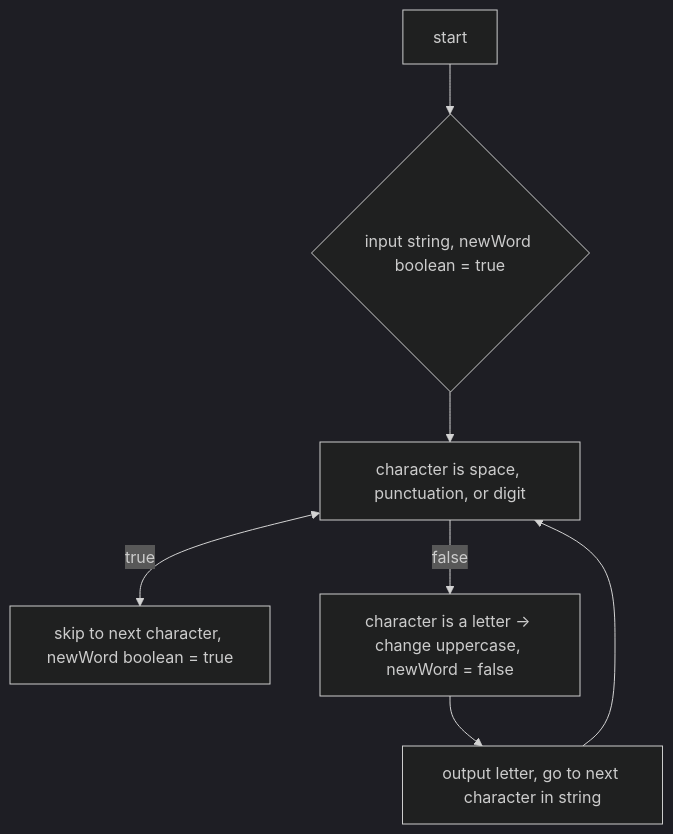
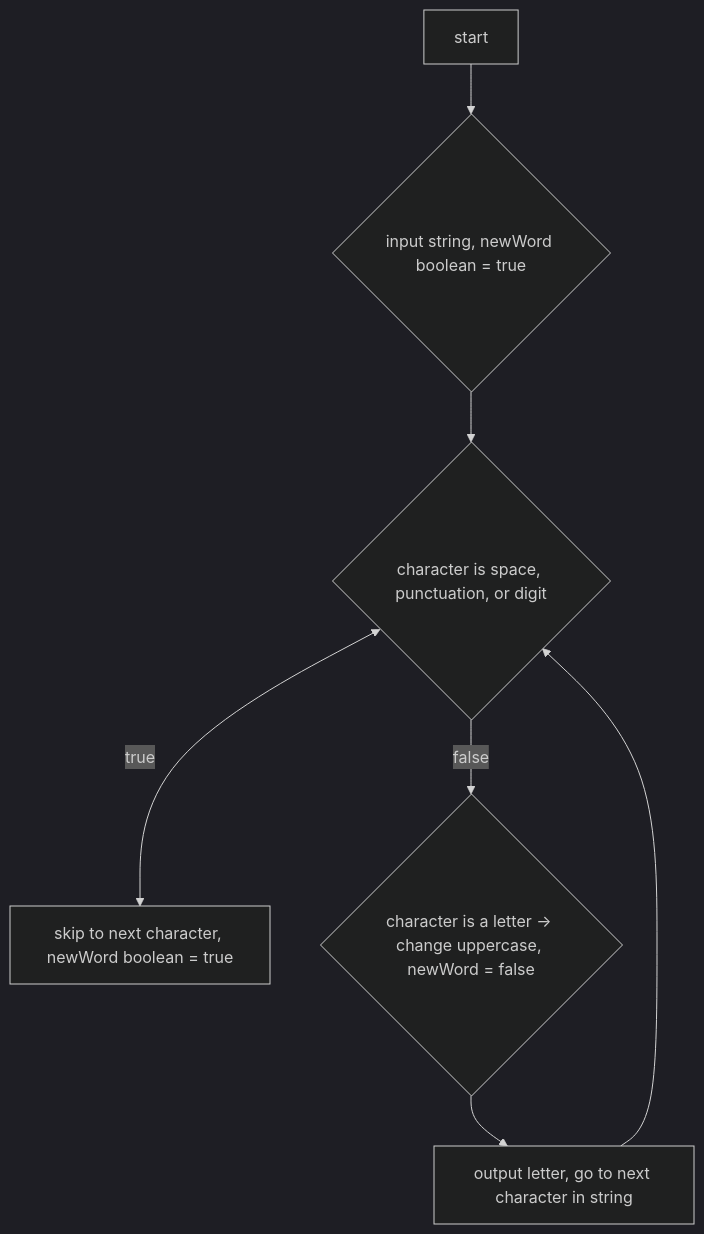
Before and after one commit to DatBoiBeRolling/C-plus-plus: the diagram in chapter4/mytitle-flow.mmd, drawn with Mermaid (dark theme). The commit also changed 5 other files, not shown here.

```diff
--- a/chapter4/mytitle-flow.mmd
+++ b/chapter4/mytitle-flow.mmd
@@ -1,9 +1,9 @@
 flowchart TD
 
 	mystart[start]
 	mystart --> input{input string, newWord boolean = true}
-	input --> charFlag1[character is space, punctuation, or digit]
+	input --> charFlag1{character is space, punctuation, or digit}
 	charFlag1 <--> |true| res1[skip to next character, newWord boolean = true]
-	charFlag1 --> |false| res2[character is a letter -> change uppercase, newWord = false]
+	charFlag1 --> |false| res2{character is a letter -> change uppercase, newWord = false}
 	res2 --> change1[output letter, go to next character in string]
 	change1 --> charFlag1
```
